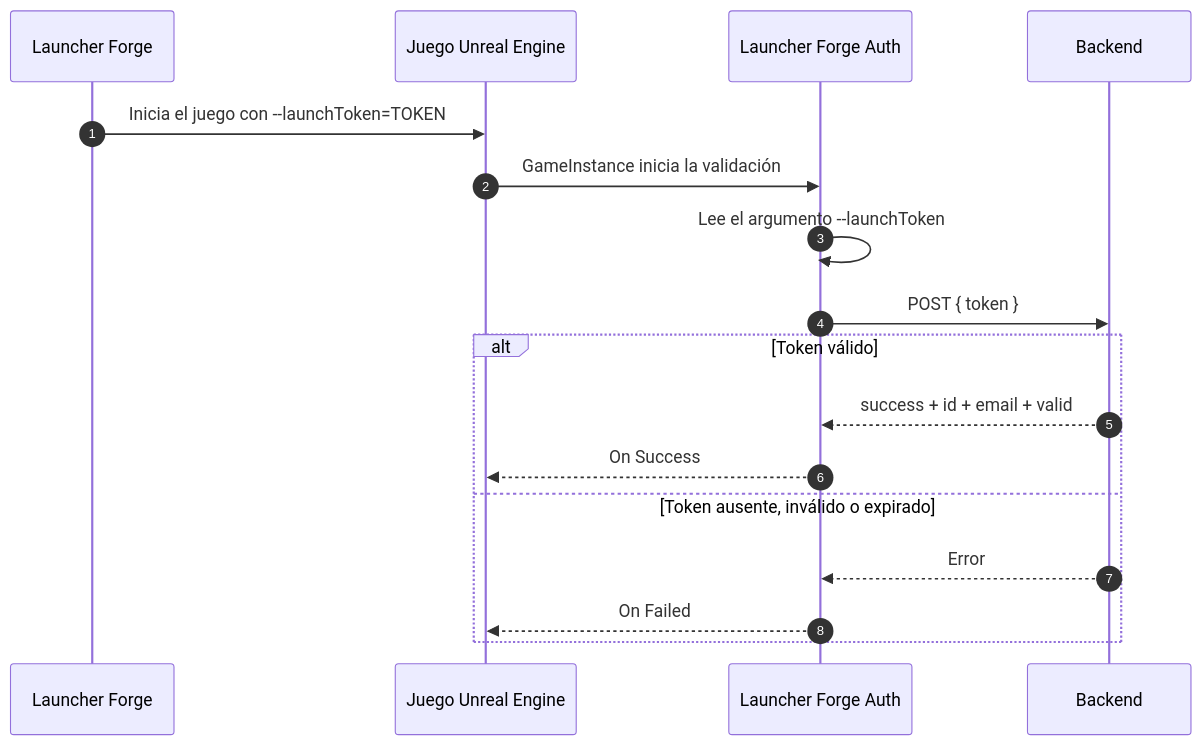
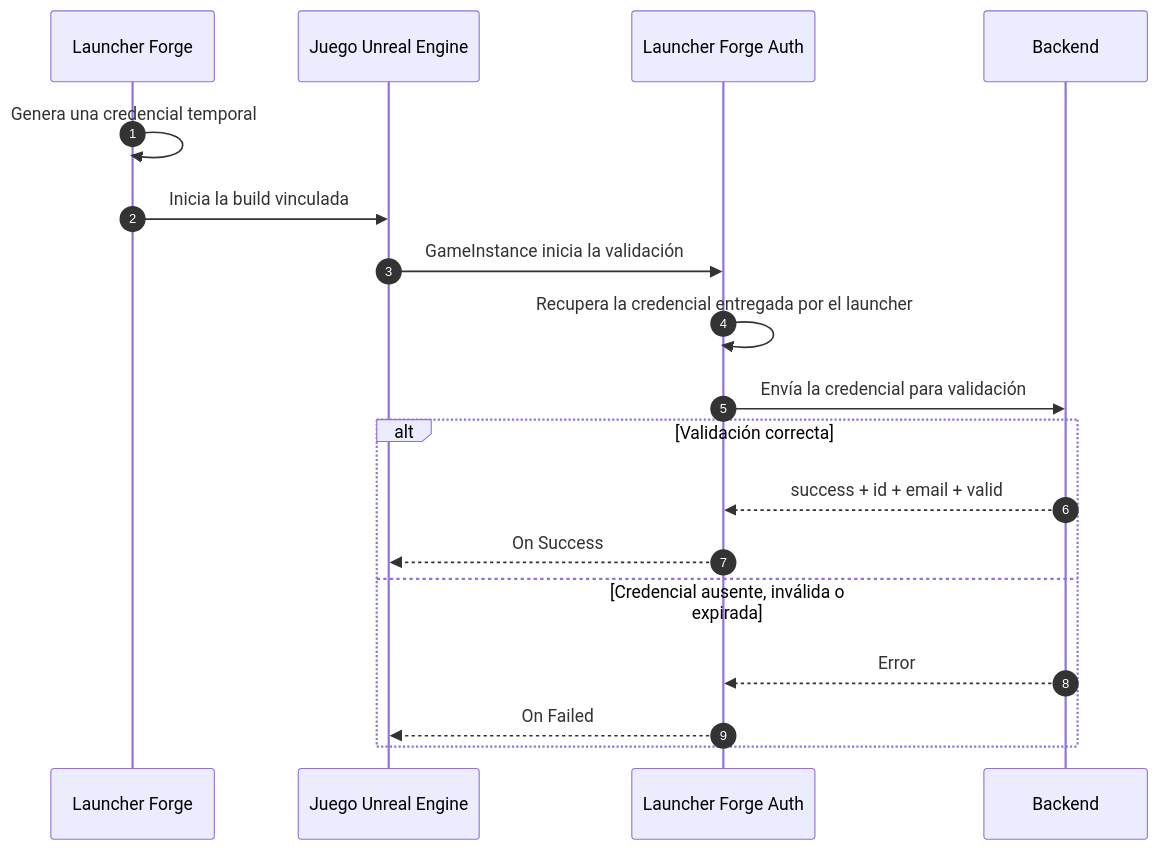
Before and after one commit to cribertt/LauncherDocs: the diagram in es/engine-integrations/unreal-engine.mdx, drawn with Mermaid. The commit also changed other lines of this file and 1 other file, not shown here.

````diff
--- a/es/engine-integrations/unreal-engine.mdx
+++ b/es/engine-integrations/unreal-engine.mdx
@@ -34,21 +38,22 @@
 ```mermaid
 sequenceDiagram
     autonumber
     participant L as Launcher Forge
     participant G as Juego Unreal Engine
     participant P as Launcher Forge Auth
     participant B as Backend
 
-    L->>G: Inicia el juego con --launchToken=TOKEN
+    L->>L: Genera una credencial temporal
+    L->>G: Inicia la build vinculada
     G->>P: GameInstance inicia la validación
-    P->>P: Lee el argumento --launchToken
-    P->>B: POST { token }
+    P->>P: Recupera la credencial entregada por el launcher
+    P->>B: Envía la credencial para validación
 
-    alt Token válido
+    alt Validación correcta
         B-->>P: success + id + email + valid
         P-->>G: On Success
-    else Token ausente, inválido o expirado
+    else Credencial ausente, inválida o expirada
         B-->>P: Error
         P-->>G: On Failed
     end
 ```
````
